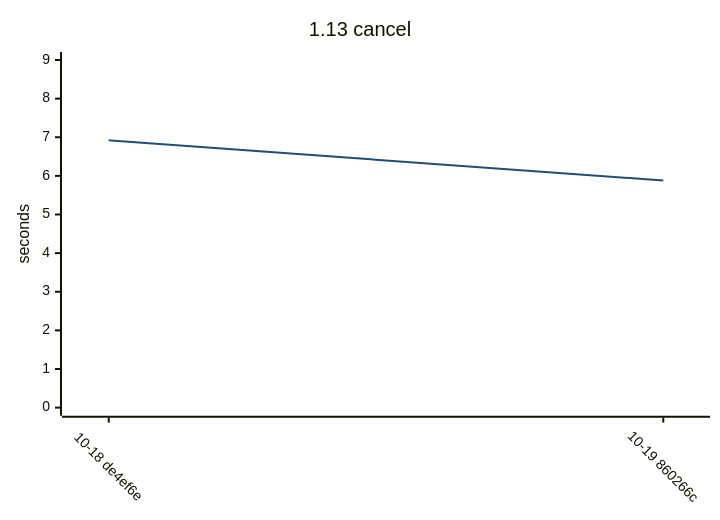
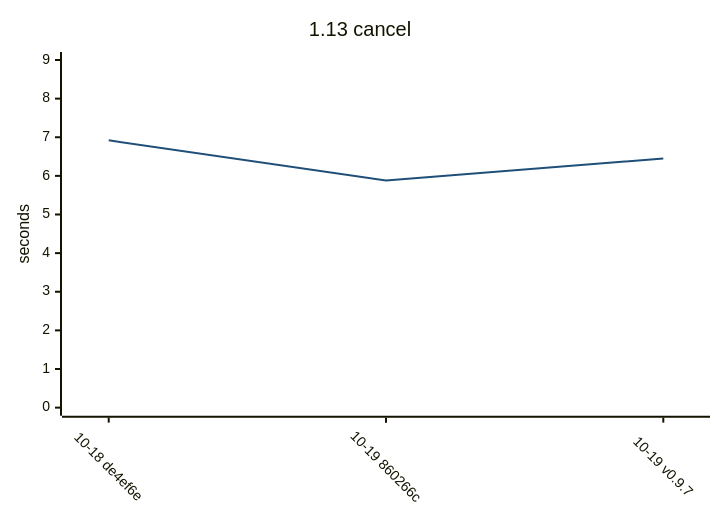
Before and after one commit to yamanori99/DistSSHQueue.jl: the fifth of 15 diagrams in README.md, drawn with Mermaid. The commit also changed other lines of this file and 1 other file, not shown here.

````diff
--- a/README.md
+++ b/README.md
@@ -158,17 +158,17 @@
 ```mermaid
 ---
 config:
   theme: base
   themeVariables:
     xyChart:
       plotColorPalette: "#1f4e79"
   xyChart:
     xAxis:
       labelRotation: 45
 ---
 xychart-beta
     title "1.13 cancel"
-    x-axis ["10-18 de4ef6e", "10-19 860266c"]
+    x-axis ["10-18 de4ef6e", "10-19 860266c", "10-19 v0.9.7"]
     y-axis "seconds" 0 --> 9
-    line [6.92, 5.88]
+    line [6.92, 5.88, 6.45]
 ```
````
